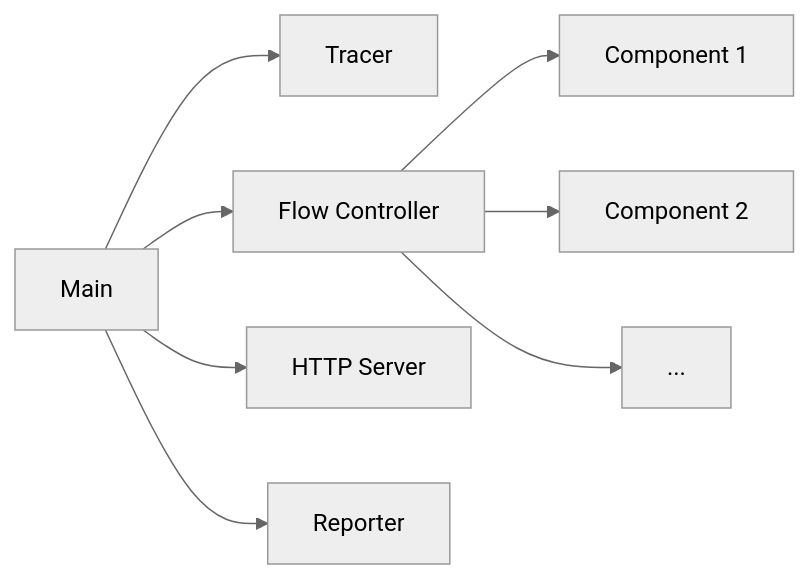
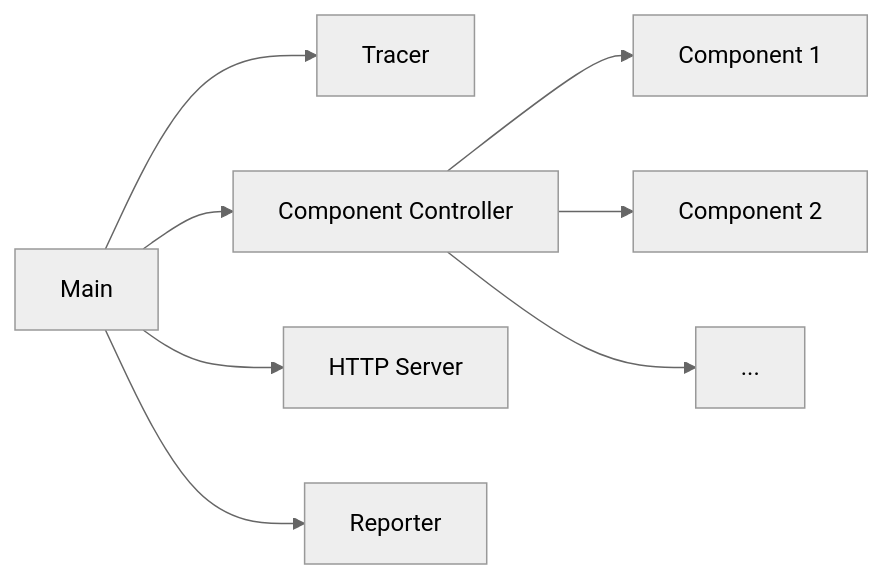
Before and after one commit to grafana/agent: the diagram in docs/sources/flow/concepts/concurrency.md, drawn with Mermaid (neutral theme). The commit also changed other lines of this file, not shown here.

````diff
--- a/docs/sources/flow/concepts/concurrency.md
+++ b/docs/sources/flow/concepts/concurrency.md
@@ -15,10 +12,10 @@
 ```mermaid
 graph LR
 A[Main] --> B[Tracer]
-A --> C[Flow Controller]
+A --> C[Component Controller]
 A --> D[HTTP Server]
 A --> E[Reporter]
 C --> F[Component 1]
 C --> G[Component 2]
 C --> ...
 ```
````
